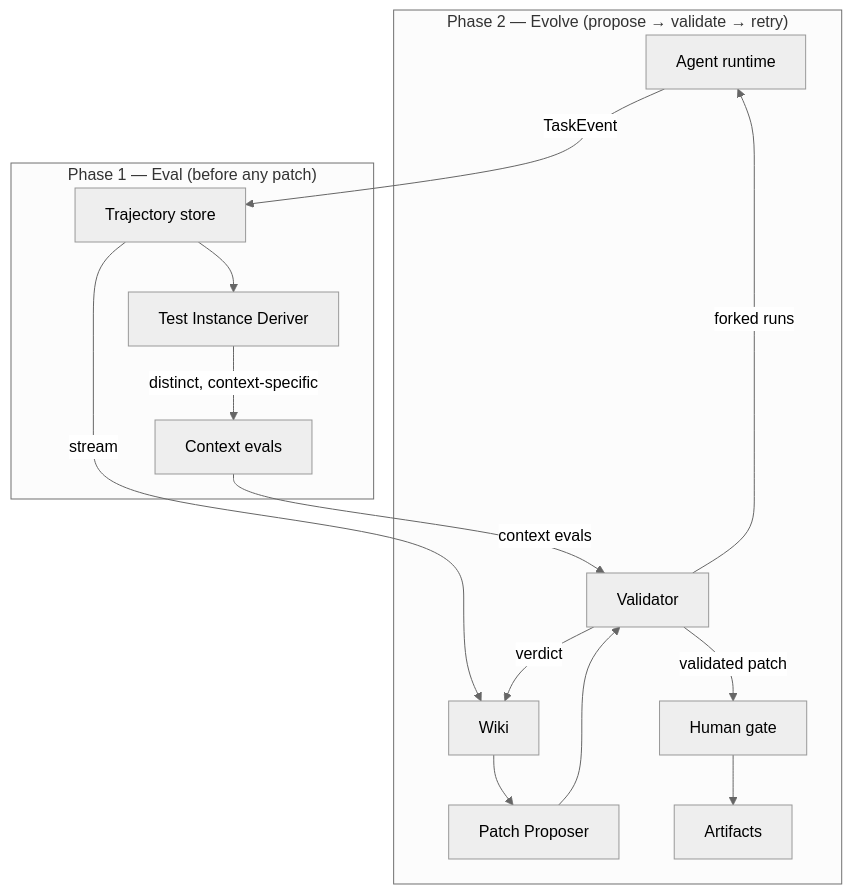
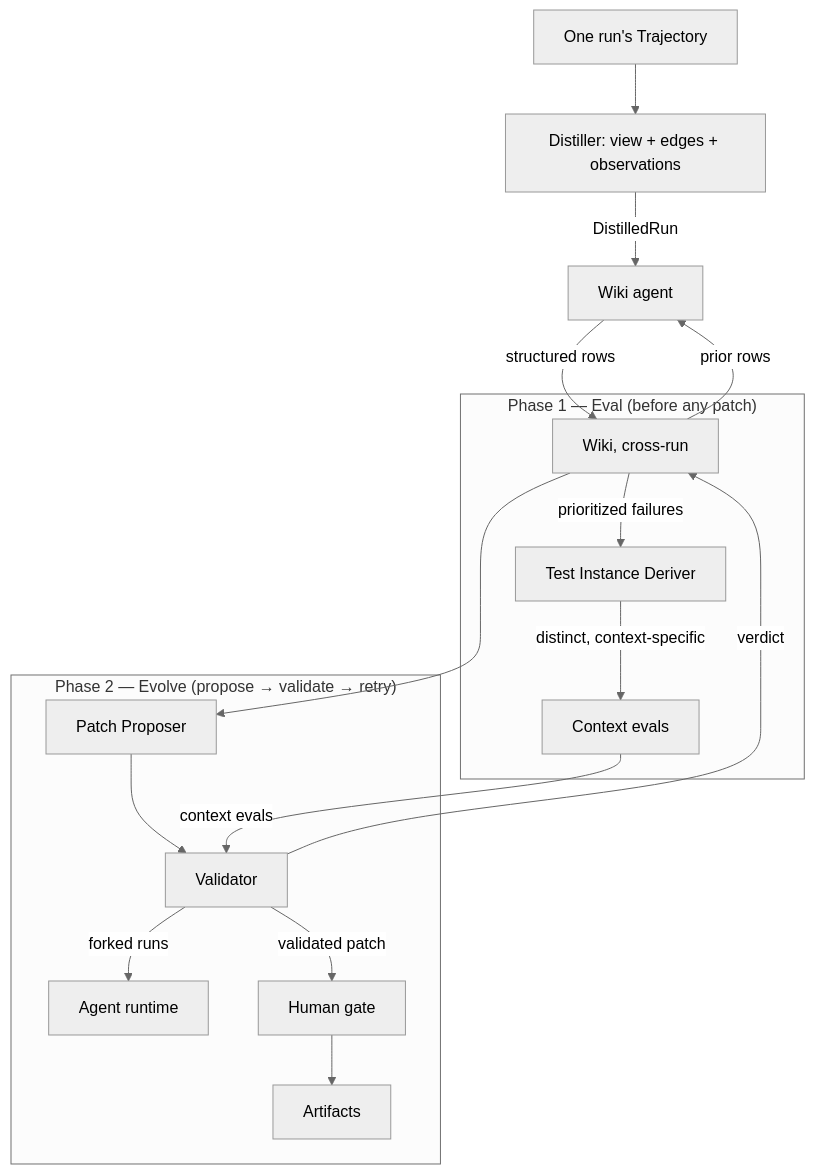
Before and after one commit to Ajaya1000/llmx: the first of 5 diagrams in docs/architecture/evolution-framework.md, drawn with Mermaid (neutral theme). The commit also changed other lines of this file and 26 other files, not shown here.

````diff
--- a/docs/architecture/evolution-framework.md
+++ b/docs/architecture/evolution-framework.md
@@ -30,20 +32,22 @@
 ```mermaid
 flowchart TB
-    RT[Agent runtime] -->|"TaskEvent"| TS[Trajectory store]
+    TR[One run's Trajectory] --> D[Distiller: view + edges + observations]
+    D -->|DistilledRun| WA[Wiki agent]
+    WK[Wiki, cross-run] -->|prior rows| WA
+    WA -->|structured rows| WK
 
     subgraph eval["Phase 1 — Eval (before any patch)"]
-        TS --> ED[Test Instance Deriver]
-        ED -->|"distinct, context-specific"| ES[Context evals]
+        WK -->|prioritized failures| ED[Test Instance Deriver]
+        ED -->|distinct, context-specific| ES[Context evals]
     end
 
     subgraph evolve["Phase 2 — Evolve (propose → validate → retry)"]
-        TS -->|"stream"| W[Wiki]
-        W --> PP[Patch Proposer]
+        WK --> PP[Patch Proposer]
         PP --> V[Validator]
-        ES -->|"context evals"| V
-        V -->|"forked runs"| RT
-        V -->|"verdict"| W
-        V -->|"validated patch"| H[Human gate]
+        ES -->|context evals| V
+        V -->|forked runs| RT[Agent runtime]
+        V -->|verdict| WK
+        V -->|validated patch| H[Human gate]
         H --> A[Artifacts]
     end
 ```
````
